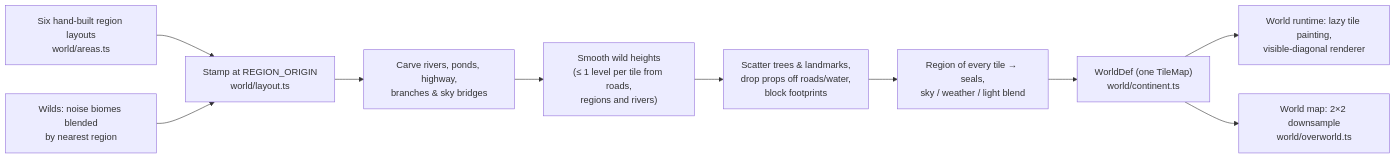
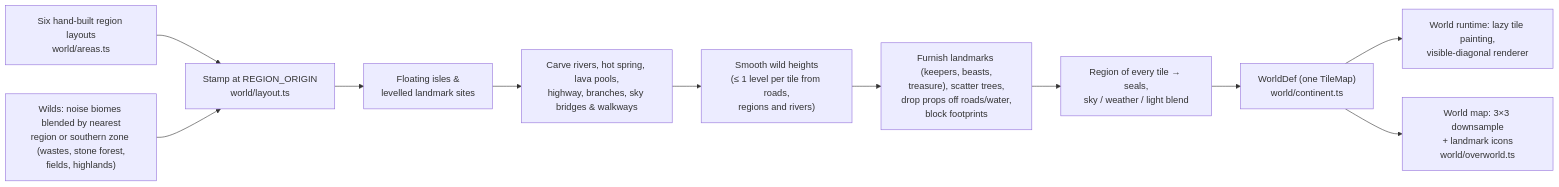
One commit to jgyy/pixelop changed the fourth of 10 diagrams in README.md. Above: the diagram before and after it, drawn with Mermaid. The commit also changed other lines of this file and 52 other files, not shown here.

````diff
--- a/README.md
+++ b/README.md
@@ -147,12 +203,13 @@
 ```mermaid
 flowchart LR
   A["Six hand-built region layouts<br/>world/areas.ts"] --> S["Stamp at REGION_ORIGIN<br/>world/layout.ts"]
-  N["Wilds: noise biomes blended<br/>by nearest region"] --> S
-  S --> C["Carve rivers, ponds, highway,<br/>branches & sky bridges"]
+  N["Wilds: noise biomes blended by nearest<br/>region or southern zone (wastes, stone forest,<br/>fields, highlands)"] --> S
+  S --> I["Floating isles &<br/>levelled landmark sites"]
+  I --> C["Carve rivers, hot spring, lava pools,<br/>highway, branches, sky bridges & walkways"]
   C --> L["Smooth wild heights<br/>(≤ 1 level per tile from roads,<br/>regions and rivers)"]
-  L --> P["Scatter trees & landmarks,<br/>drop props off roads/water,<br/>block footprints"]
+  L --> P["Furnish landmarks (keepers, beasts,<br/>treasure), scatter trees,<br/>drop props off roads/water,<br/>block footprints"]
   P --> R["Region of every tile → seals,<br/>sky / weather / light blend"]
   R --> W["WorldDef (one TileMap)<br/>world/continent.ts"]
   W --> RT["World runtime: lazy tile painting,<br/>visible-diagonal renderer"]
-  W --> M["World map: 2×2 downsample<br/>world/overworld.ts"]
+  W --> M["World map: 3×3 downsample<br/>+ landmark icons<br/>world/overworld.ts"]
 ```
````
